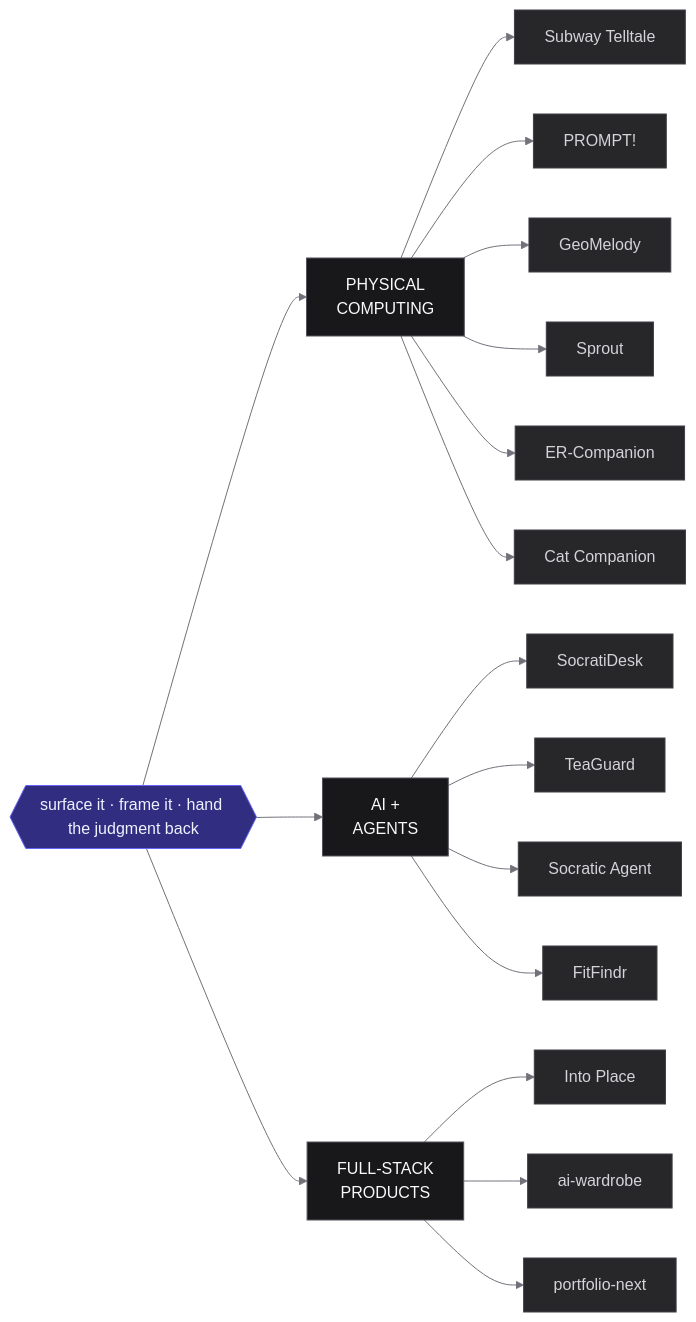
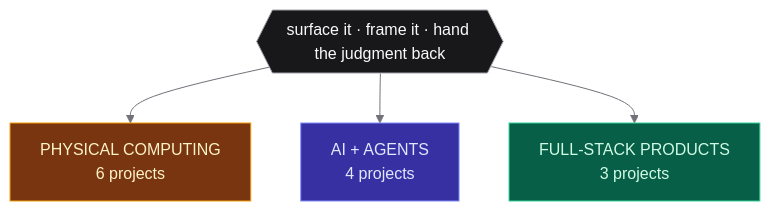
The diagram in README.md (Daidai1031/daidai1031), drawn with Mermaid before and after one commit. The commit also changed other lines of this file, not shown here.

````diff
--- a/README.md
+++ b/README.md
@@ -20,29 +20,13 @@
 ```mermaid
 %%{init: {'theme':'base','themeVariables':{'lineColor':'#71717A','primaryColor':'#27272A','primaryTextColor':'#E4E4E7','primaryBorderColor':'#3F3F46'}}}%%
-flowchart LR
+flowchart TB
     T{{"surface it · frame it · hand the judgment back"}}:::thesis
+    T --> DEV["PHYSICAL COMPUTING<br/>6 projects"]:::devCat
+    T --> AIS["AI + AGENTS<br/>4 projects"]:::aiCat
+    T --> WEB["FULL-STACK PRODUCTS<br/>3 projects"]:::webCat
 
-    T --> DEV["PHYSICAL<br/>COMPUTING"]:::cat
-    T --> AIS["AI +<br/>AGENTS"]:::cat
-    T --> WEB["FULL-STACK<br/>PRODUCTS"]:::cat
-
-    DEV --> d1["Subway Telltale"]:::n
-    DEV --> d2["PROMPT!"]:::n
-    DEV --> d3["GeoMelody"]:::n
-    DEV --> d4["Sprout"]:::n
-    DEV --> d5["ER-Companion"]:::n
-    DEV --> d6["Cat Companion"]:::n
-
-    AIS --> a1["SocratiDesk"]:::n
-    AIS --> a2["TeaGuard"]:::n
-    AIS --> a3["Socratic Agent"]:::n
-    AIS --> a4["FitFindr"]:::n
-
-    WEB --> w1["Into Place"]:::n
-    WEB --> w2["ai-wardrobe"]:::n
-    WEB --> w3["portfolio-next"]:::n
-
-    classDef thesis fill:#312E81,stroke:#6366F1,color:#EEF2FF
-    classDef cat fill:#18181B,stroke:#52525B,color:#FAFAFA
-    classDef n fill:#27272A,stroke:#3F3F46,color:#D4D4D8
+    classDef thesis fill:#18181B,stroke:#A1A1AA,color:#FAFAFA
+    classDef devCat fill:#78350F,stroke:#F59E0B,color:#FEF3C7
+    classDef aiCat fill:#3730A3,stroke:#818CF8,color:#E0E7FF
+    classDef webCat fill:#065F46,stroke:#34D399,color:#D1FAE5
 ```
````
